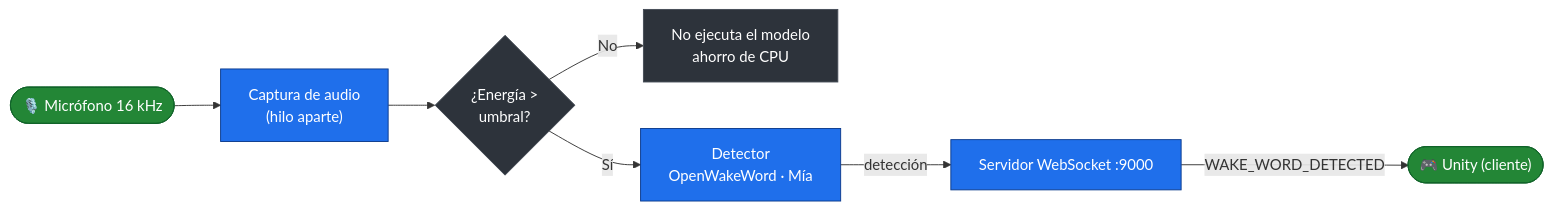
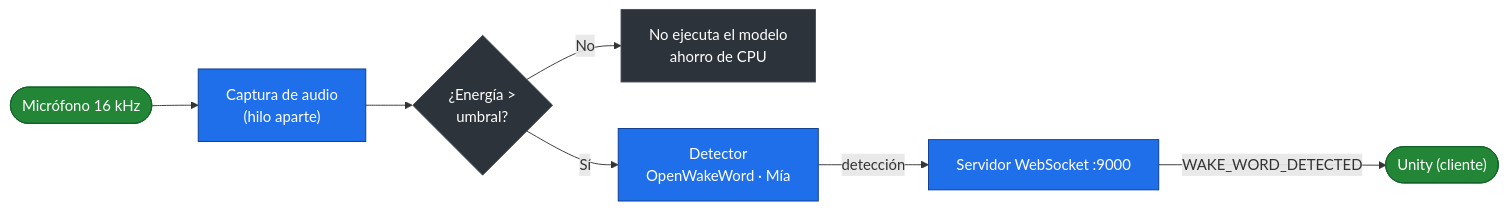
The diagram in README.md (JonathanTorres06/it_wake_word), drawn with Mermaid before and after one commit.

Commit message:
/Ajuste en el README

````diff
--- a/README.md
+++ b/README.md
@@ -39,16 +39,16 @@
 ```mermaid
 flowchart LR
-    mic(["🎙️ Micrófono 16 kHz"]) --> cap["Captura de audio<br/>(hilo aparte)"]
+    mic(["Micrófono 16 kHz"]) --> cap["Captura de audio<br/>(hilo aparte)"]
     cap --> gate{"¿Energía ><br/>umbral?"}
     gate -- No --> idle["No ejecuta el modelo<br/>ahorro de CPU"]
     gate -- Sí --> det["Detector<br/>OpenWakeWord · Mía"]
     det -->|detección| ws["Servidor WebSocket :9000"]
-    ws -->|WAKE_WORD_DETECTED| unity(["🎮 Unity (cliente)"])
+    ws -->|WAKE_WORD_DETECTED| unity(["Unity (cliente)"])
 
     classDef s fill:#1f6feb,stroke:#0b3a8c,color:#fff;
     classDef io fill:#238636,stroke:#116329,color:#fff;
     classDef off fill:#2d333b,stroke:#444c56,color:#fff;
     class cap,det,ws s;
     class mic,unity io;
     class idle,gate off;
 ```
````
